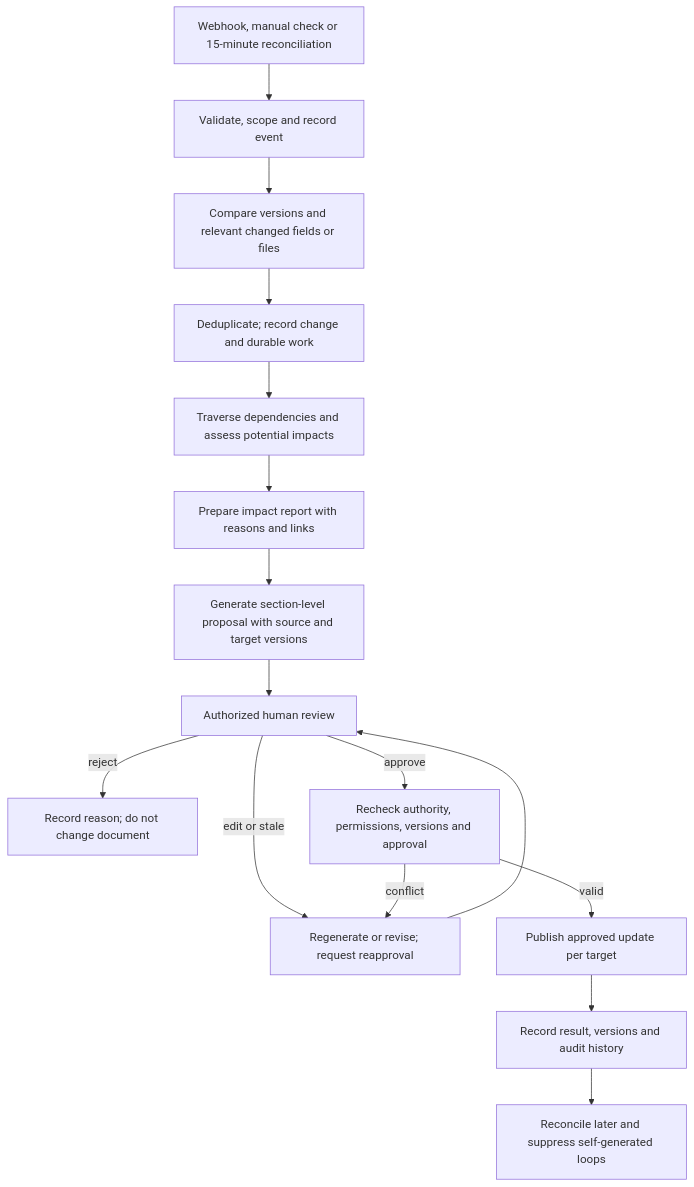
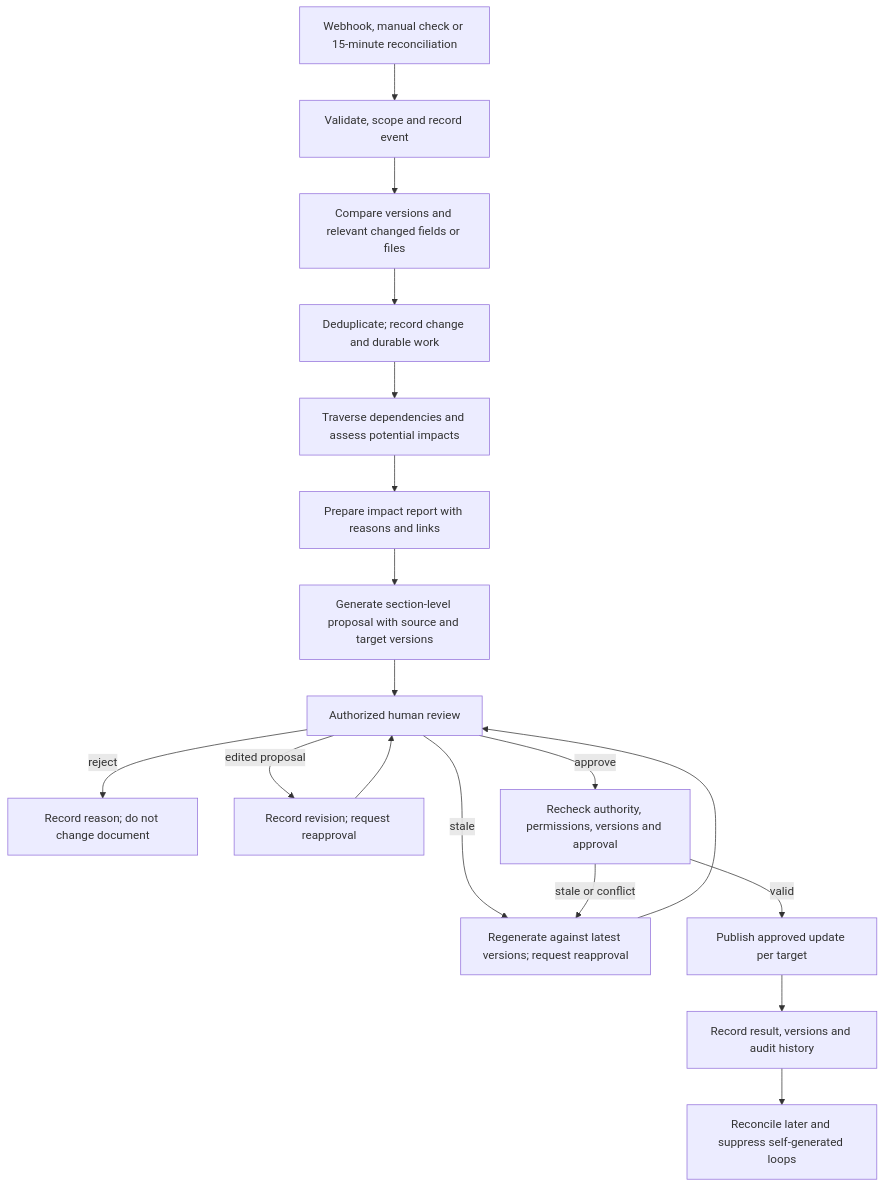
Before and after one commit to ViditTaunk-JayShreeKrishna/automated-documentation-sync: the third of 6 diagrams in architecture.md, drawn with Mermaid. The commit also changed other lines of this file and 4 other files, not shown here.

Commit message:
docs: address architecture review findings

````diff
--- a/architecture.md
+++ b/architecture.md
@@ -252,18 +415,20 @@
 ```mermaid
 flowchart TD
     A["Webhook, manual check or 15-minute reconciliation"] --> B["Validate, scope and record event"]
     B --> C["Compare versions and relevant changed fields or files"]
     C --> D["Deduplicate; record change and durable work"]
     D --> E["Traverse dependencies and assess potential impacts"]
     E --> F["Prepare impact report with reasons and links"]
     F --> G["Generate section-level proposal with source and target versions"]
     G --> H["Authorized human review"]
     H -->|reject| I["Record reason; do not change document"]
-    H -->|edit or stale| J["Regenerate or revise; request reapproval"]
+    H -->|edited proposal| J["Record revision; request reapproval"]
     J --> H
+    H -->|stale| S["Regenerate against latest versions; request reapproval"]
+    S --> H
     H -->|approve| K["Recheck authority, permissions, versions and approval"]
-    K -->|conflict| J
+    K -->|stale or conflict| S
     K -->|valid| L["Publish approved update per target"]
     L --> M["Record result, versions and audit history"]
     M --> N["Reconcile later and suppress self-generated loops"]
 ```
````
